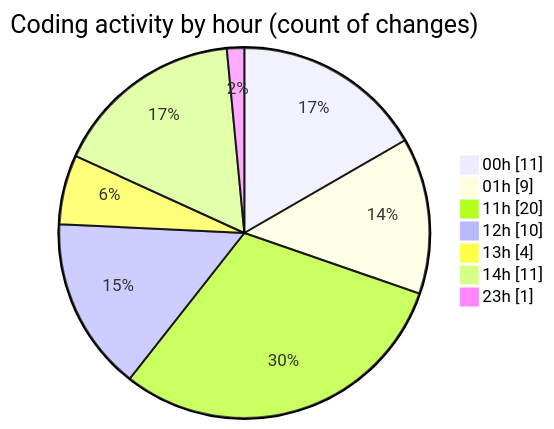
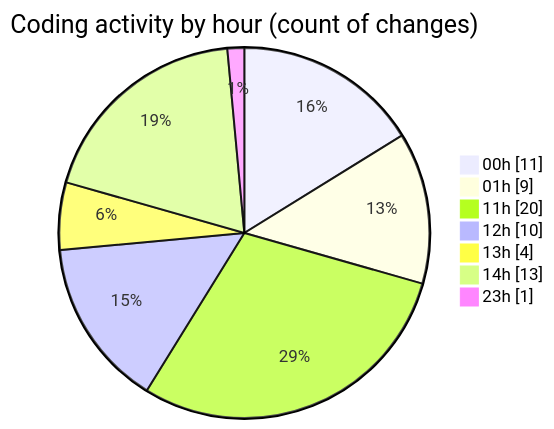
One commit to lephambinh05/code-tracking changed the second of 2 diagrams in 2025-07-18/nhahang/README.md. Above: the diagram before and after it, drawn with Mermaid. The commit also changed other lines of this file and 1 other file, not shown here.

````diff
--- a/2025-07-18/nhahang/README.md
+++ b/2025-07-18/nhahang/README.md
@@ -51,11 +52,11 @@
 ```mermaid
 pie showData
 title Coding activity by hour (count of changes)
 "00h" : 11
 "01h" : 9
 "11h" : 20
 "12h" : 10
 "13h" : 4
-"14h" : 11
+"14h" : 13
 "23h" : 1
 ```
````
